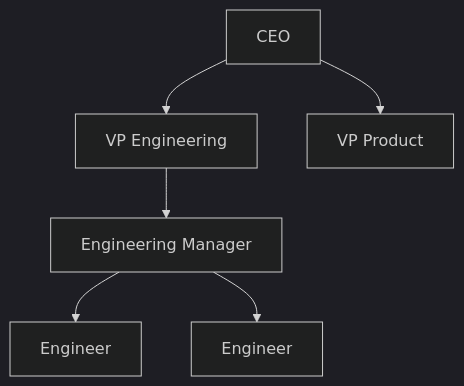
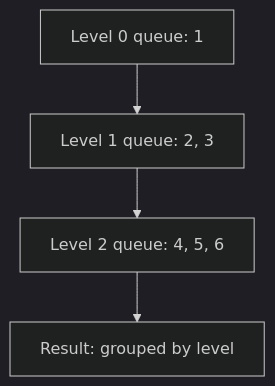
One commit to 9999dude/omega changed the fifth of 19 diagrams in docs/datastructures/trees.md. Above: the diagram before and after it, drawn with Mermaid (dark theme). The commit also changed other lines of this file and 58 other files, not shown here.

````diff
--- a/docs/datastructures/trees.md
+++ b/docs/datastructures/trees.md
@@ -198,8 +221,6 @@
 ```mermaid
 graph TD
-    CEO --> VP1["VP Engineering"]
-    CEO --> VP2["VP Product"]
-    VP1 --> M1["Engineering Manager"]
-    M1 --> E1["Engineer"]
-    M1 --> E2["Engineer"]
+    L0["Level 0 queue: 1"] --> L1["Level 1 queue: 2, 3"]
+    L1 --> L2["Level 2 queue: 4, 5, 6"]
+    L2 --> OUT["Result: grouped by level"]
 ```
````
